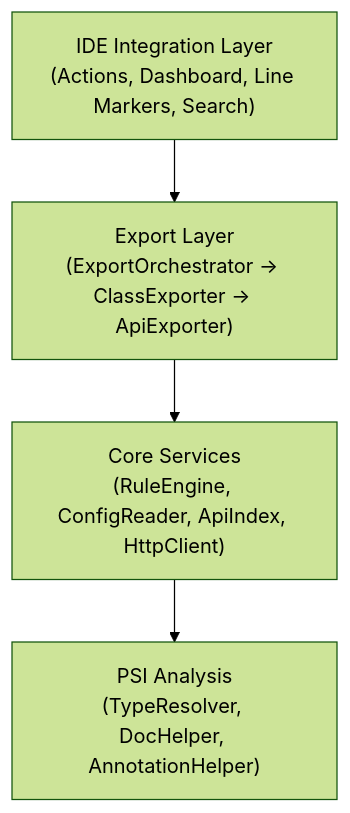
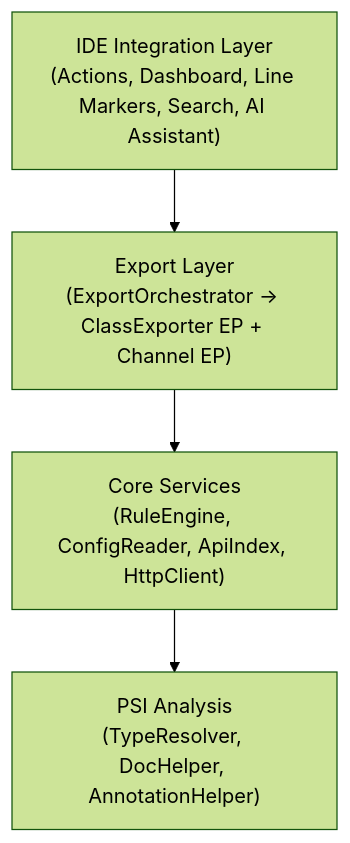
One commit to tangcent/easy-yapi changed the diagram in README.md. Above: the diagram before and after it, drawn with Mermaid (forest theme). The commit also changed other lines of this file, not shown here.

First line of the commit message:
docs(readme): sync Architecture section with v3.0 channel EP and add YAML field conversion (#1414)

````diff
--- a/README.md
+++ b/README.md
@@ -227,11 +228,11 @@
 ```mermaid
 graph TB
-    IDE["IDE Integration Layer<br/>(Actions, Dashboard, Line Markers, Search)"]
-    Export["Export Layer<br/>(ExportOrchestrator → ClassExporter → ApiExporter)"]
+    IDE["IDE Integration Layer<br/>(Actions, Dashboard, Line Markers, Search, AI Assistant)"]
+    Export["Export Layer<br/>(ExportOrchestrator → ClassExporter EP + Channel EP)"]
     Core["Core Services<br/>(RuleEngine, ConfigReader, ApiIndex, HttpClient)"]
     PSI["PSI Analysis<br/>(TypeResolver, DocHelper, AnnotationHelper)"]
 
     IDE --> Export
     Export --> Core
     Core --> PSI
 ```
````
